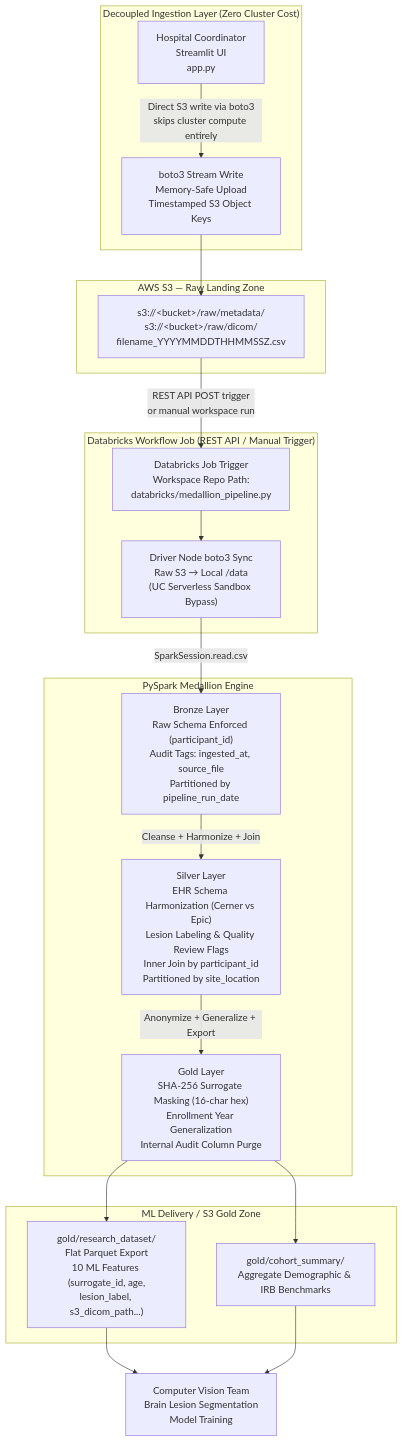
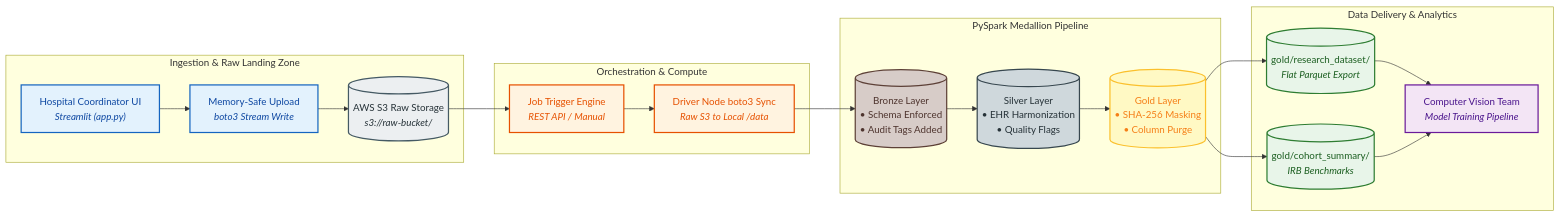
One commit to devyn-miller/clinical-data-ingestion-pipeline changed the first of 2 diagrams in README.md. Above: the diagram before and after it, drawn with Mermaid.

Commit message:
improve system architecture diagram

````diff
--- a/README.md
+++ b/README.md
@@ -31,41 +31,52 @@
 ```mermaid
-flowchart TD
-    subgraph INGESTION ["Decoupled Ingestion Layer (Zero Cluster Cost)"]
-        A["Hospital Coordinator\nStreamlit UI\napp.py"]
-        B["boto3 Stream Write\nMemory-Safe Upload\nTimestamped S3 Object Keys"]
+flowchart LR
+    %% Custom Styles & Color Palette
+    classDef Ingestion fill:#E3F2FD,stroke:#1565C0,stroke-width:2px,color:#0D47A1;
+    classDef Storage fill:#ECEFF1,stroke:#455A64,stroke-width:2px,color:#263238;
+    classDef Compute fill:#FFF3E0,stroke:#E65100,stroke-width:2px,color:#E65100;
+    classDef Bronze fill:#D7CCC8,stroke:#5D4037,stroke-width:2px,color:#4E342E;
+    classDef Silver fill:#CFD8DC,stroke:#37474F,stroke-width:2px,color:#263238;
+    classDef Gold fill:#FFF9C4,stroke:#FBC02D,stroke-width:2px,color:#F57F17;
+    classDef Delivery fill:#E8F5E9,stroke:#2E7D32,stroke-width:2px,color:#1B5E20;
+    classDef Consumer fill:#F3E5F5,stroke:#6A1B9A,stroke-width:2px,color:#4A148C;
+
+    %% Row 1: Collection & Storage Boundary
+    subgraph ROW_ONE ["Ingestion & Raw Landing Zone"]
+        A["Hospital Coordinator UI<br/><i>Streamlit (app.py)</i>"]:::Ingestion
+        B["Memory-Safe Upload<br/><i>boto3 Stream Write</i>"]:::Ingestion
+        C[("AWS S3 Raw Storage<br/><i>s3://raw-bucket/</i>")]:::Storage
     end
 
-    subgraph STORAGE_RAW ["AWS S3 — Raw Landing Zone"]
-        C["s3://&lt;bucket&gt;/raw/metadata/\ns3://&lt;bucket&gt;/raw/dicom/\nfilename_YYYYMMDDTHHMMSSZ.csv"]
+    %% Row 2: Ingestion Logic to Orchestration
+    subgraph ROW_TWO ["Orchestration & Compute "]
+        D["Job Trigger Engine<br/><i>REST API / Manual</i>"]:::Compute
+        E["Driver Node boto3 Sync<br/><i>Raw S3 to Local /data</i>"]:::Compute
     end
 
-    subgraph ORCHESTRATION ["Databricks Workflow Job (REST API / Manual Trigger)"]
-        D["Databricks Job Trigger\nWorkspace Repo Path:\ndatabricks/medallion_pipeline.py"]
-        E["Driver Node boto3 Sync\nRaw S3 → Local /data\n(UC Serverless Sandbox Bypass)"]
+    %% Row 3: PySpark Medallion Grid
+    subgraph ROW_THREE ["PySpark Medallion Pipeline"]
+        F[("Bronze Layer<br/>• Schema Enforced<br/>• Audit Tags Added")]:::Bronze
+        G[("Silver Layer<br/>• EHR Harmonization<br/>• Quality Flags")]:::Silver
+        H[("Gold Layer<br/>• SHA-256 Masking<br/>• Column Purge")]:::Gold
     end
 
-    subgraph COMPUTE ["PySpark Medallion Engine"]
-        F["Bronze Layer\nRaw Schema Enforced (participant_id)\nAudit Tags: ingested_at, source_file\nPartitioned by pipeline_run_date"]
-        G["Silver Layer\nEHR Schema Harmonization (Cerner vs Epic)\nLesion Labeling & Quality Review Flags\nInner Join by participant_id\nPartitioned by site_location"]
-        H["Gold Layer\nSHA-256 Surrogate Masking (16-char hex)\nEnrollment Year Generalization\nInternal Audit Column Purge"]
+    %% Row 4: Final Deliverables & Consumers
+    subgraph ROW_FOUR ["Data Delivery & Analytics"]
+        I[("gold/research_dataset/<br/><i>Flat Parquet Export</i>")]:::Delivery
+        J[("gold/cohort_summary/<br/><i>IRB Benchmarks</i>")]:::Delivery
+        K["Computer Vision Team<br/><i>Model Training Pipeline</i>"]:::Consumer
     end
 
-    subgraph DELIVERY ["ML Delivery / S3 Gold Zone"]
-        I["gold/research_dataset/\nFlat Parquet Export\n10 ML Features (surrogate_id, age,\nlesion_label, s3_dicom_path...)"]
-        J["gold/cohort_summary/\nAggregate Demographic & IRB Benchmarks"]
-    end
-
-    K["Computer Vision Team\nBrain Lesion Segmentation\nModel Training"]
-
-    A -->|"Direct S3 write via boto3\nskips cluster compute entirely"| B
+    %% Structural Grid Routing
+    A --> B
     B --> C
-    C -->|"REST API POST trigger\nor manual workspace run"| D
+    C --> D
     D --> E
-    E -->|"SparkSession.read.csv"| F
-    F -->|"Cleanse + Harmonize + Join"| G
-    G -->|"Anonymize + Generalize + Export"| H
+    E --> F
+    F --> G
+    G --> H
     H --> I
     H --> J
     I --> K
     J --> K
 ```
````
